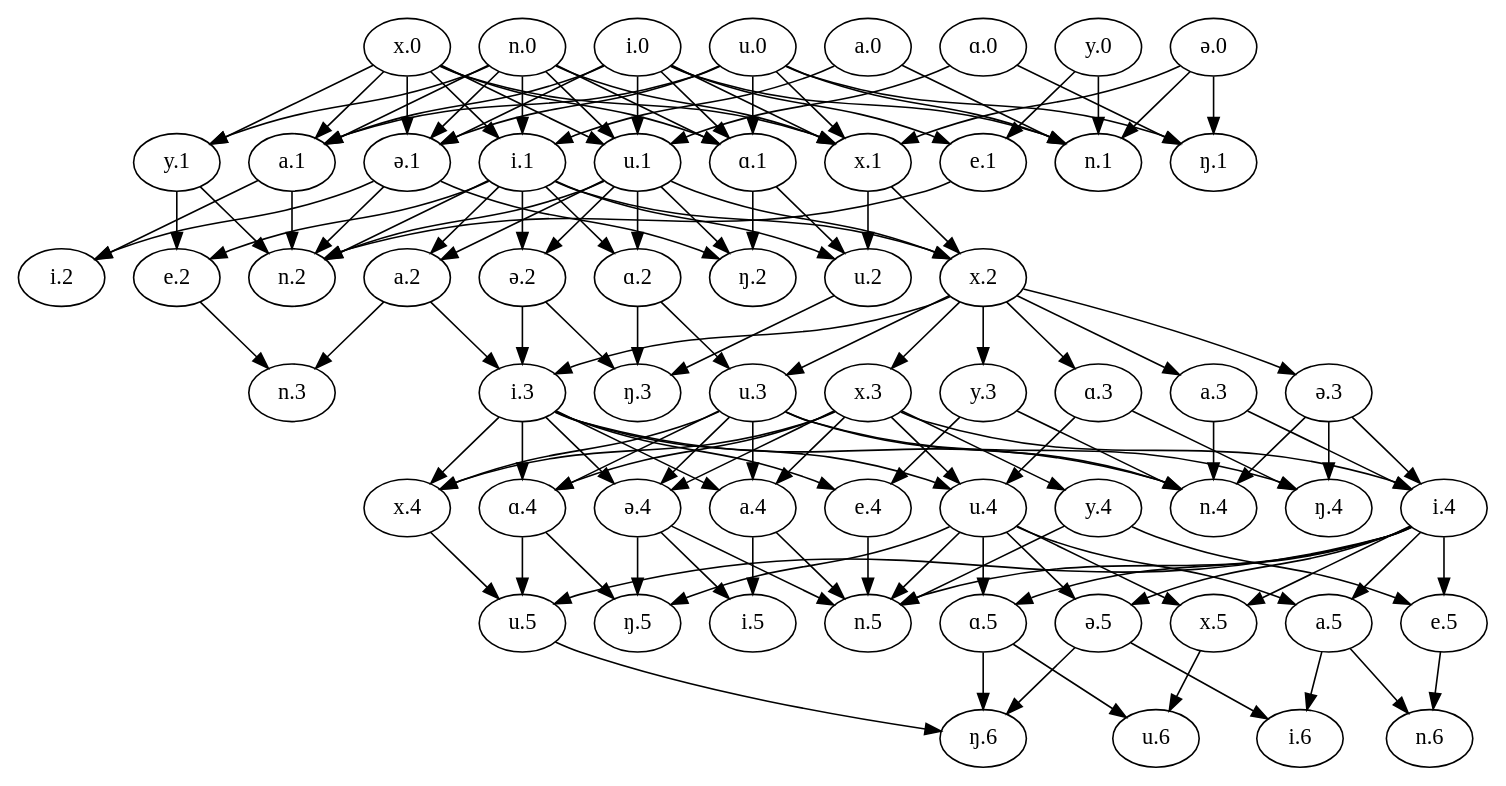
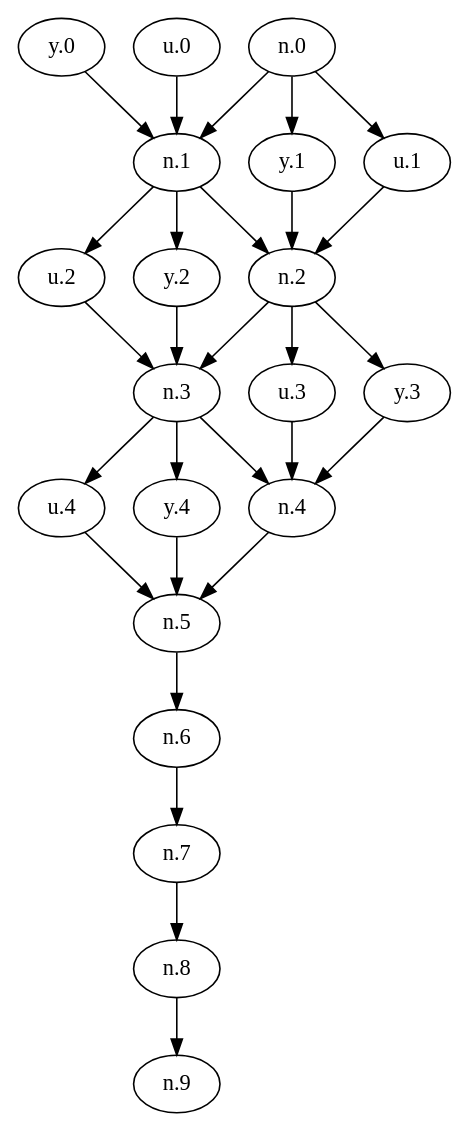
One commit to coglo/SigmaPie changed the diagram in graph.dot. Above: the diagram before and after it, drawn with Graphviz. The commit also changed 13 other files, not shown here.

Commit message:
graph edge blockers

```diff
--- a/graph.dot
+++ b/graph.dot
@@ -1,140 +1,29 @@
 strict digraph "" {
-	"i.0" -> "x.1";
-	"i.0" -> "u.1";
-	"i.0" -> "e.1";
-	"i.0" -> "ə.1";
-	"i.0" -> "n.1";
-	"i.0" -> "ɑ.1";
-	"i.0" -> "a.1";
-	"x.0" -> "x.1";
-	"x.0" -> "i.1";
-	"x.0" -> "u.1";
-	"x.0" -> "ə.1";
-	"x.0" -> "ɑ.1";
-	"x.0" -> "y.1";
-	"x.0" -> "a.1";
-	"x.1" -> "x.2";
-	"x.1" -> "u.2";
-	"x.2" -> "i.3";
-	"x.2" -> "x.3";
-	"x.2" -> "y.3";
-	"x.2" -> "u.3";
-	"x.2" -> "ə.3";
-	"x.2" -> "a.3";
-	"x.2" -> "ɑ.3";
-	"i.3" -> "e.4";
-	"i.3" -> "ɑ.4";
-	"i.3" -> "n.4";
-	"i.3" -> "a.4";
-	"i.3" -> "ə.4";
-	"i.3" -> "u.4";
-	"i.3" -> "x.4";
-	"y.0" -> "e.1";
-	"y.0" -> "n.1";
-	"i.1" -> "x.2";
-	"i.1" -> "n.2";
-	"i.1" -> "e.2";
-	"i.1" -> "ə.2";
-	"i.1" -> "u.2";
-	"i.1" -> "ɑ.2";
-	"i.1" -> "a.2";
-	"u.1" -> "x.2";
-	"u.1" -> "n.2";
-	"u.1" -> "ə.2";
-	"u.1" -> "ŋ.2";
-	"u.1" -> "ɑ.2";
-	"u.1" -> "a.2";
-	"e.1" -> "n.2";
-	"x.3" -> "i.4";
-	"x.3" -> "ɑ.4";
-	"x.3" -> "a.4";
-	"x.3" -> "y.4";
-	"x.3" -> "ə.4";
-	"x.3" -> "u.4";
-	"x.3" -> "x.4";
-	"i.4" -> "n.5";
-	"i.4" -> "u.5";
-	"i.4" -> "e.5";
-	"i.4" -> "x.5";
-	"i.4" -> "ɑ.5";
-	"i.4" -> "ə.5";
-	"i.4" -> "a.5";
-	"u.0" -> "x.1";
-	"u.0" -> "ə.1";
-	"u.0" -> "n.1";
-	"u.0" -> "ɑ.1";
-	"u.0" -> "a.1";
-	"u.0" -> "ŋ.1";
-	"ə.1" -> "n.2";
-	"ə.1" -> "i.2";
-	"ə.1" -> "ŋ.2";
-	"e.4" -> "n.5";
-	"y.3" -> "e.4";
-	"y.3" -> "n.4";
-	"e.2" -> "n.3";
-	"u.3" -> "ɑ.4";
-	"u.3" -> "n.4";
-	"u.3" -> "a.4";
-	"u.3" -> "ə.4";
-	"u.3" -> "x.4";
-	"u.3" -> "ŋ.4";
-	"ɑ.4" -> "u.5";
-	"ɑ.4" -> "ŋ.5";
-	"u.5" -> "ŋ.6";
-	"e.5" -> "n.6";
-	"ə.2" -> "i.3";
-	"ə.2" -> "ŋ.3";
-	"ɑ.1" -> "u.2";
-	"ɑ.1" -> "ŋ.2";
-	"u.2" -> "ŋ.3";
-	"y.1" -> "n.2";
-	"y.1" -> "e.2";
-	"ə.3" -> "i.4";
-	"ə.3" -> "n.4";
-	"ə.3" -> "ŋ.4";
-	"a.4" -> "n.5";
-	"a.4" -> "i.5";
-	"a.1" -> "n.2";
-	"a.1" -> "i.2";
-	"ə.0" -> "x.1";
-	"ə.0" -> "n.1";
-	"ə.0" -> "ŋ.1";
-	"y.4" -> "n.5";
-	"y.4" -> "e.5";
-	"ə.4" -> "n.5";
-	"ə.4" -> "ŋ.5";
-	"ə.4" -> "i.5";
-	"ɑ.2" -> "u.3";
-	"ɑ.2" -> "ŋ.3";
-	"x.5" -> "u.6";
-	"u.4" -> "n.5";
-	"u.4" -> "ŋ.5";
-	"u.4" -> "x.5";
-	"u.4" -> "ɑ.5";
-	"u.4" -> "ə.5";
-	"u.4" -> "a.5";
-	"a.2" -> "i.3";
-	"a.2" -> "n.3";
-	"n.0" -> "x.1";
-	"n.0" -> "i.1";
-	"n.0" -> "u.1";
-	"n.0" -> "ə.1";
-	"n.0" -> "ɑ.1";
-	"n.0" -> "y.1";
-	"n.0" -> "a.1";
-	"ɑ.5" -> "u.6";
-	"ɑ.5" -> "ŋ.6";
-	"a.3" -> "i.4";
-	"a.3" -> "n.4";
-	"ɑ.0" -> "u.1";
-	"ɑ.0" -> "ŋ.1";
-	"x.4" -> "u.5";
-	"a.0" -> "i.1";
-	"a.0" -> "n.1";
-	"ɑ.3" -> "u.4";
-	"ɑ.3" -> "ŋ.4";
-	"ə.5" -> "ŋ.6";
-	"ə.5" -> "i.6";
-	"a.5" -> "n.6";
-	"a.5" -> "i.6";
+	"y.0" -> "n.1"	[blockers="{}"];
+	"n.1" -> "n.2"	[blockers="set()"];
+	"n.1" -> "u.2"	[blockers="{'u', 'y'}"];
+	"n.1" -> "y.2"	[blockers="{'u', 'y'}"];
+	"n.2" -> "n.3"	[blockers="set()"];
+	"n.2" -> "u.3"	[blockers="{'u', 'y'}"];
+	"n.2" -> "y.3"	[blockers="{'u', 'y'}"];
+	"n.3" -> "n.4"	[blockers="set()"];
+	"n.3" -> "u.4"	[blockers="{'u', 'y'}"];
+	"n.3" -> "y.4"	[blockers="{'u', 'y'}"];
+	"n.4" -> "n.5"	[blockers="set()"];
+	"n.5" -> "n.6"	[blockers="set()"];
+	"n.6" -> "n.7"	[blockers="set()"];
+	"n.7" -> "n.8"	[blockers="set()"];
+	"n.8" -> "n.9"	[blockers="set()"];
+	"u.0" -> "n.1"	[blockers="{}"];
+	"n.0" -> "n.1"	[blockers="{}"];
+	"n.0" -> "y.1"	[blockers="{}"];
+	"n.0" -> "u.1"	[blockers="{}"];
+	"u.3" -> "n.4"	[blockers="{'u', 'y'}"];
+	"u.2" -> "n.3"	[blockers="{'u', 'y'}"];
+	"y.1" -> "n.2"	[blockers="{'u', 'y'}"];
+	"u.1" -> "n.2"	[blockers="{'u', 'y'}"];
+	"u.4" -> "n.5"	[blockers="{'u', 'y'}"];
+	"y.2" -> "n.3"	[blockers="{'u', 'y'}"];
+	"y.3" -> "n.4"	[blockers="{'u', 'y'}"];
+	"y.4" -> "n.5"	[blockers="{'u', 'y'}"];
 }
```
